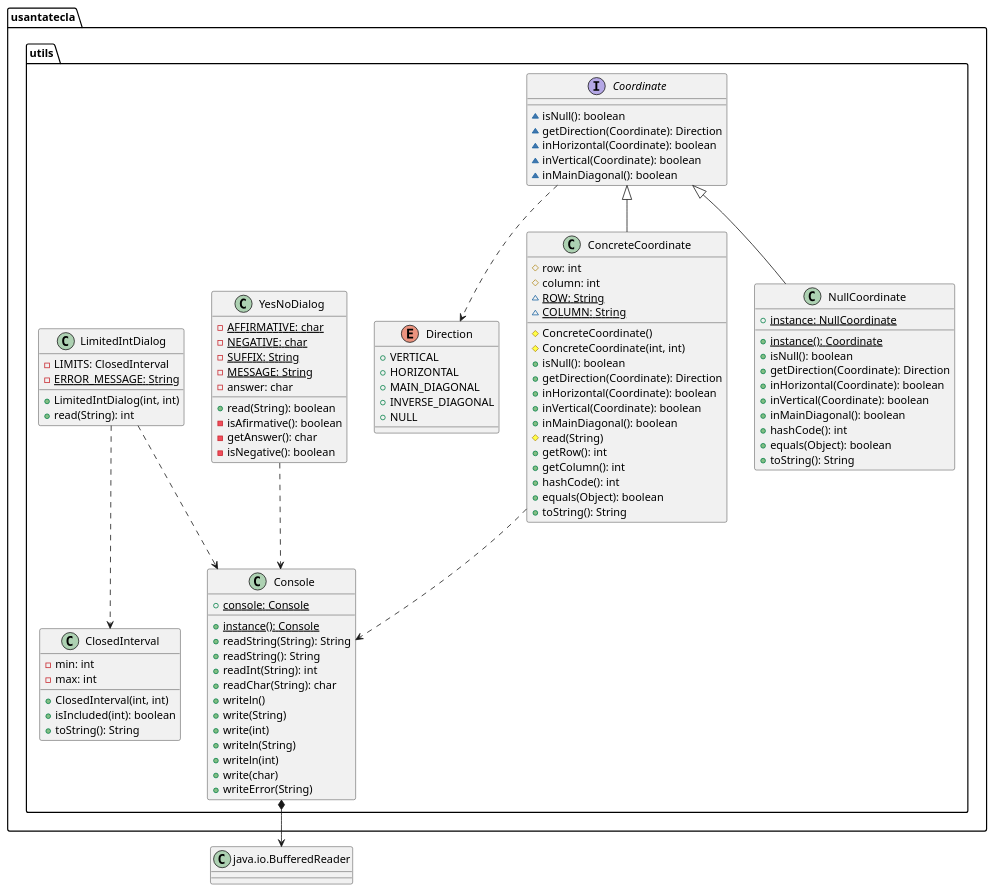
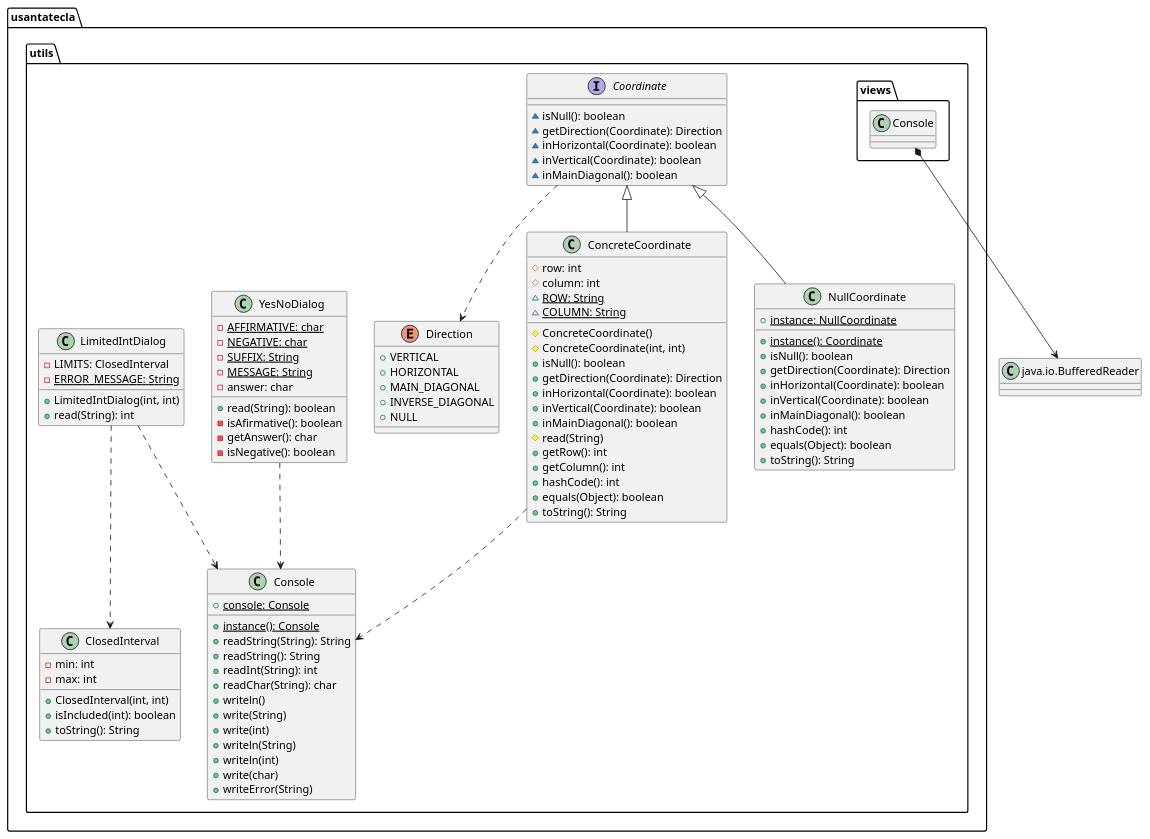
Before and after one commit to Jolucaa/USantaTecla-project-ticTacToe: the seventh of 7 diagrams in documentView/withoutFactoryMethod/docs/diagrams/src/paquetes.plantuml, drawn with PlantUML. The commit also changed 54 other files, not shown here.

Commit message:
[dv.console] Added prototype + utils views

```diff
--- a/documentView/withoutFactoryMethod/docs/diagrams/src/paquetes.plantuml
+++ b/documentView/withoutFactoryMethod/docs/diagrams/src/paquetes.plantuml
@@ -451,109 +451,109 @@
 @startuml tictactoe.utils
 namespace usantatecla.utils {
 
 	interface Coordinate {
 		~ isNull(): boolean
 		~ getDirection(Coordinate): Direction
 		~ inHorizontal(Coordinate): boolean
 		~ inVertical(Coordinate): boolean
 		~ inMainDiagonal(): boolean
 	}
 
 	class ConcreteCoordinate {
 		# row: int
 		# column: int
 		~ ROW: {static} String
 		~ COLUMN: {static} String
 		# ConcreteCoordinate()
 		# ConcreteCoordinate(int, int)
 		+ isNull(): boolean
 		+ getDirection(Coordinate): Direction
 		+ inHorizontal(Coordinate): boolean
 		+ inVertical(Coordinate): boolean
 		+ inMainDiagonal(): boolean
 		# read(String)
 		+ getRow(): int
 		+ getColumn(): int
 		+ hashCode(): int
 		+ equals(Object): boolean
 		+ toString(): String
 	}
 	class NullCoordinate {
 		+ instance: {static} NullCoordinate
 		+ {static} instance(): Coordinate
 		+ isNull(): boolean
 		+ getDirection(Coordinate): Direction
 		+ inHorizontal(Coordinate): boolean
 		+ inVertical(Coordinate): boolean
 		+ inMainDiagonal(): boolean
 		+ hashCode(): int
 		+ equals(Object): boolean
 		+ toString(): String
 	}
 
 	enum Direction {
 		+ VERTICAL
 		+ HORIZONTAL
 		+ MAIN_DIAGONAL
 		+ INVERSE_DIAGONAL
 		+ NULL
 	}
 
 	class Console {
 		+ console: {static} Console
 		+ instance(): {static} Console
 		+ readString(String): String
 		+ readString(): String
 		+ readInt(String): int
 		+ readChar(String): char
 		+ writeln()
 		+ write(String)
 		+ write(int)
 		+ writeln(String)
 		+ writeln(int)
 		+ write(char)
 		+ writeError(String)
 	}
 
 	class ClosedInterval {
 		- min: int
 		- max: int
 		+ ClosedInterval(int, int)
 		+ isIncluded(int): boolean
 		+ toString(): String
 	}
 
 	class YesNoDialog {
 		- AFFIRMATIVE: {static} char
 		- NEGATIVE: {static} char
 		- SUFFIX: {static} String
 		- MESSAGE: {static} String
 		- answer: char
 		+ read(String): boolean
 		- isAfirmative(): boolean
 		- getAnswer(): char
 		- isNegative(): boolean
 	}
 
 	class LimitedIntDialog {
 		- LIMITS: ClosedInterval
 		- ERROR_MESSAGE: {static} String
 		+ LimitedIntDialog(int, int)
 		+ read(String): int
 	}
 
 
 
 	Coordinate <|-down- ConcreteCoordinate
 	Coordinate <|-down- NullCoordinate
 	Coordinate .down.> Direction
 	ConcreteCoordinate .down.> Console
 	LimitedIntDialog .down.> Console
 	YesNoDialog .down.> Console
 	LimitedIntDialog .down.> ClosedInterval
 }
 class BufferedReader as "java.io.BufferedReader"{
 
 }
-usantatecla.utils.Console *-down-> BufferedReader
+usantatecla.utils.views.Console *-down-> BufferedReader
 @enduml
```
